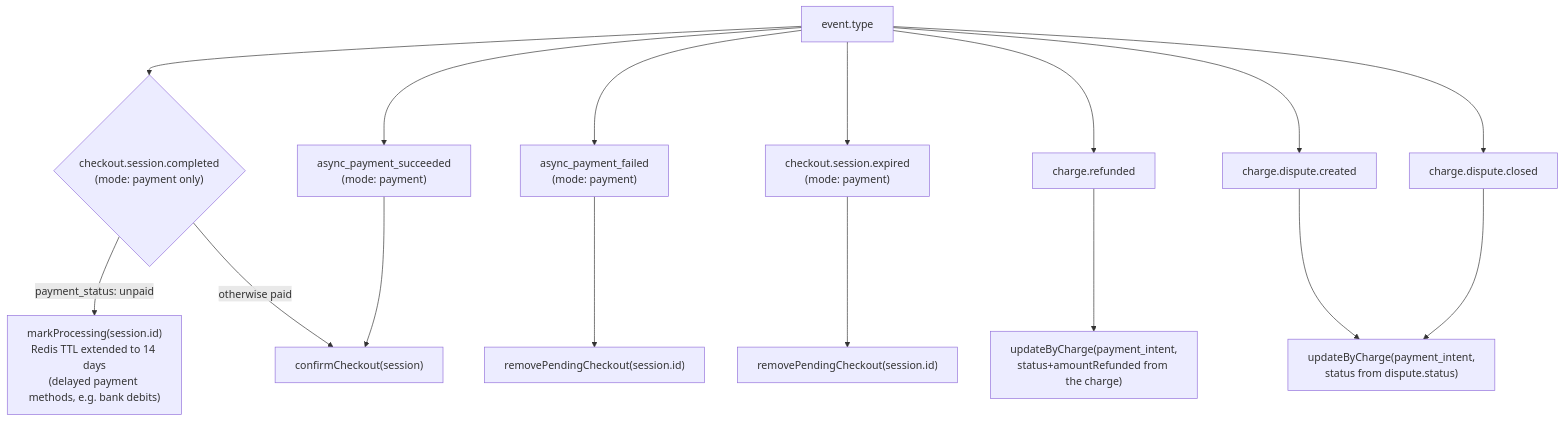
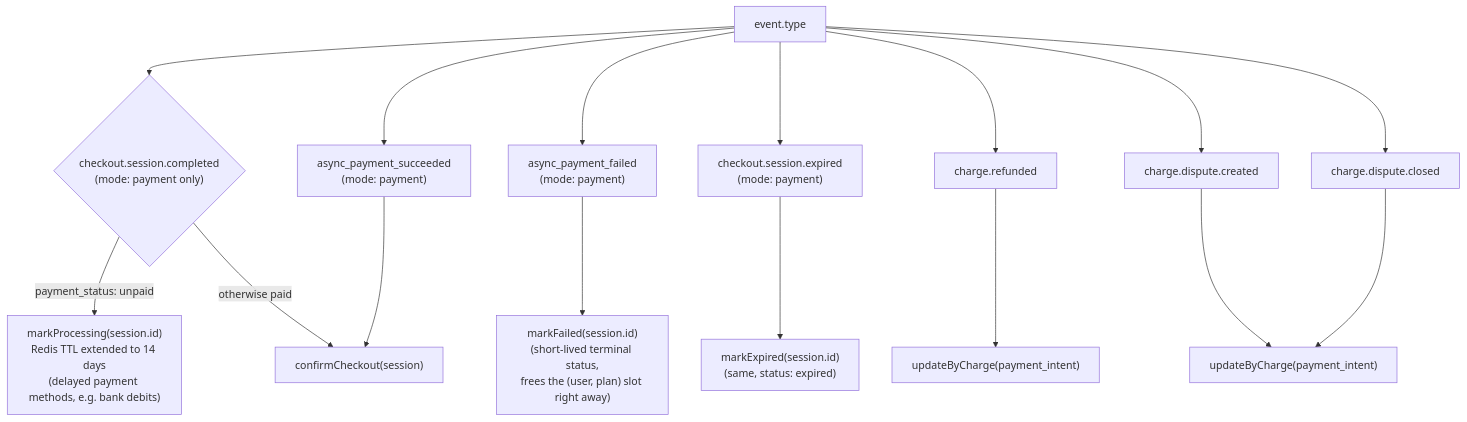
Before and after one commit to FranciscoAVD/backend: the fourth of 7 diagrams in src/features/payments/CONTROL_FLOW.md, drawn with Mermaid. The commit also changed other lines of this file and 30 other files, not shown here.

````diff
--- a/src/features/payments/CONTROL_FLOW.md
+++ b/src/features/payments/CONTROL_FLOW.md
@@ -101,14 +131,14 @@
 ```mermaid
 flowchart TD
     E["event.type"] --> CSC{"checkout.session.completed\n(mode: payment only)"}
     CSC -- payment_status: unpaid --> MarkProcessing["markProcessing(session.id)\nRedis TTL extended to 14 days\n(delayed payment methods, e.g. bank debits)"]
     CSC -- otherwise paid --> Confirm["confirmCheckout(session)"]
 
     E --> APS["async_payment_succeeded\n(mode: payment)"] --> Confirm
-    E --> APF["async_payment_failed\n(mode: payment)"] --> RemovePending1["removePendingCheckout(session.id)"]
-    E --> Exp["checkout.session.expired\n(mode: payment)"] --> RemovePending2["removePendingCheckout(session.id)"]
+    E --> APF["async_payment_failed\n(mode: payment)"] --> MarkFailed["markFailed(session.id)\n(short-lived terminal status,\nfrees the (user, plan) slot right away)"]
+    E --> Exp["checkout.session.expired\n(mode: payment)"] --> MarkExpired["markExpired(session.id)\n(same, status: expired)"]
 
-    E --> Ref["charge.refunded"] --> UpdByCharge1["updateByCharge(payment_intent,\nstatus+amountRefunded from the charge)"]
-    E --> DispC["charge.dispute.created"] --> UpdByCharge2["updateByCharge(payment_intent,\nstatus from dispute.status)"]
+    E --> Ref["charge.refunded"] --> UpdByCharge1["updateByCharge(payment_intent)"]
+    E --> DispC["charge.dispute.created"] --> UpdByCharge2["updateByCharge(payment_intent)"]
     E --> DispX["charge.dispute.closed"] --> UpdByCharge2
 ```
````
